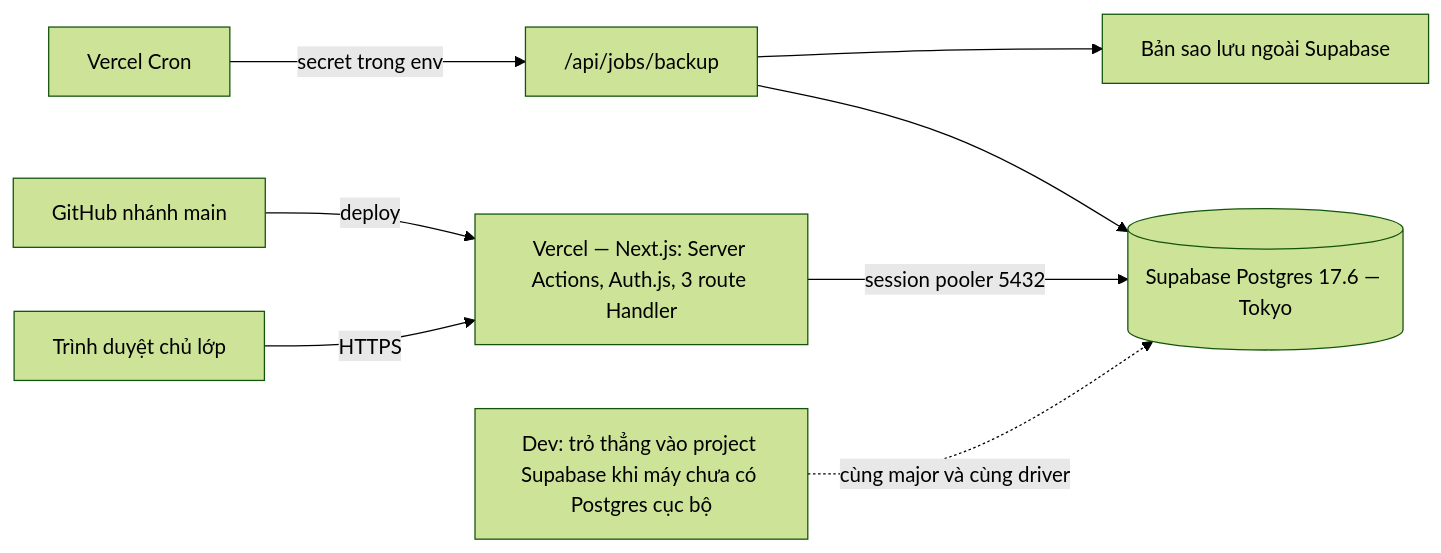
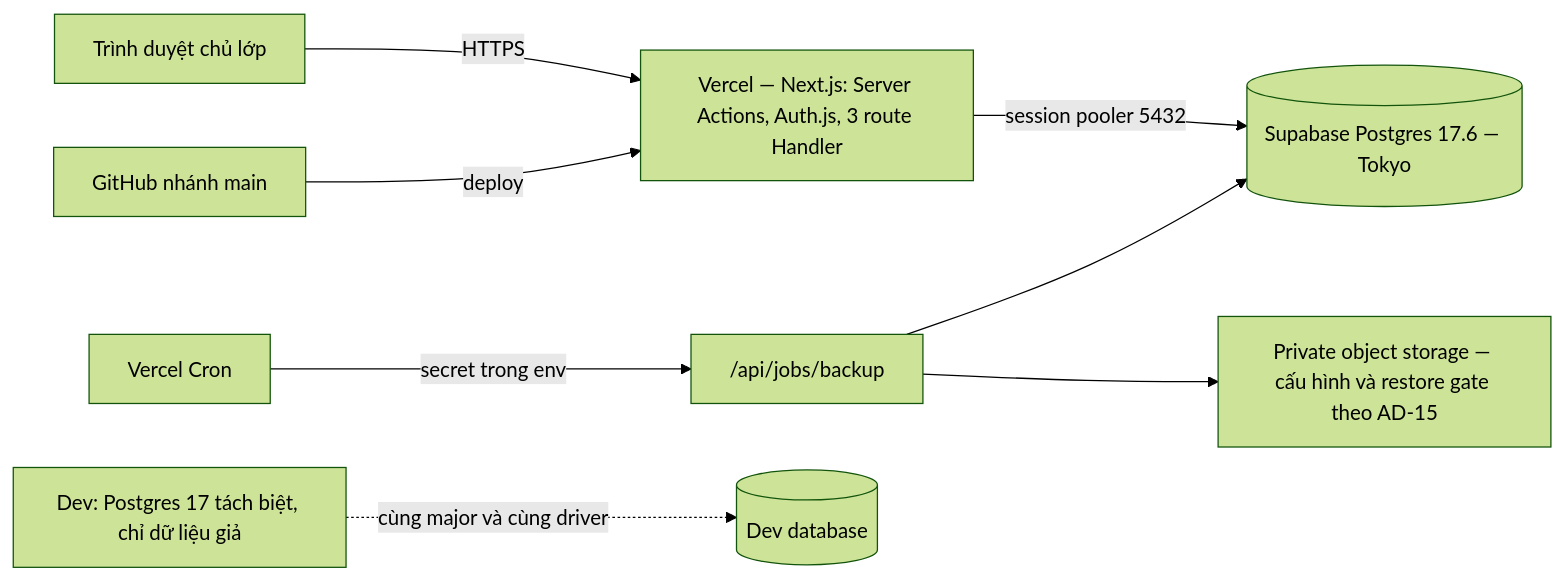
One commit to pnam55588/hannin changed the second of 3 diagrams in _bmad-output/planning-artifacts/architecture/architecture-hannin-2026-09-23/ARCHITECTURE-SPINE.md. Above: the diagram before and after it, drawn with Mermaid (forest theme). The commit also changed other lines of this file and 64 other files, not shown here.

````diff
--- a/_bmad-output/planning-artifacts/architecture/architecture-hannin-2026-09-23/ARCHITECTURE-SPINE.md
+++ b/_bmad-output/planning-artifacts/architecture/architecture-hannin-2026-09-23/ARCHITECTURE-SPINE.md
@@ -169,10 +179,10 @@
 ```mermaid
 graph LR
   B["Trình duyệt chủ lớp"] -->|HTTPS| V["Vercel — Next.js: Server Actions, Auth.js, 3 route Handler"]
   V -->|session pooler 5432| N[("Supabase Postgres 17.6 — Tokyo")]
   G["GitHub nhánh main"] -->|deploy| V
   C["Vercel Cron"] -->|secret trong env| J["/api/jobs/backup"]
   J --> N
-  J --> S["Bản sao lưu ngoài Supabase"]
-  D["Dev: trỏ thẳng vào project Supabase khi máy chưa có Postgres cục bộ"] -.->|cùng major và cùng driver| N
+  J --> S["Private object storage — cấu hình và restore gate theo AD-15"]
+  D["Dev: Postgres 17 tách biệt, chỉ dữ liệu giả"] -.->|cùng major và cùng driver| DBDEV[("Dev database")]
 ```
````
